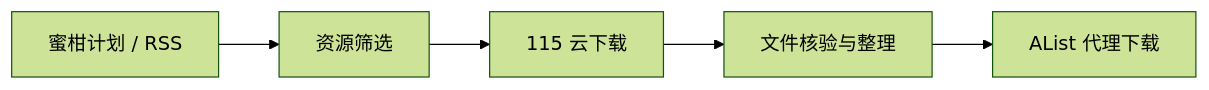
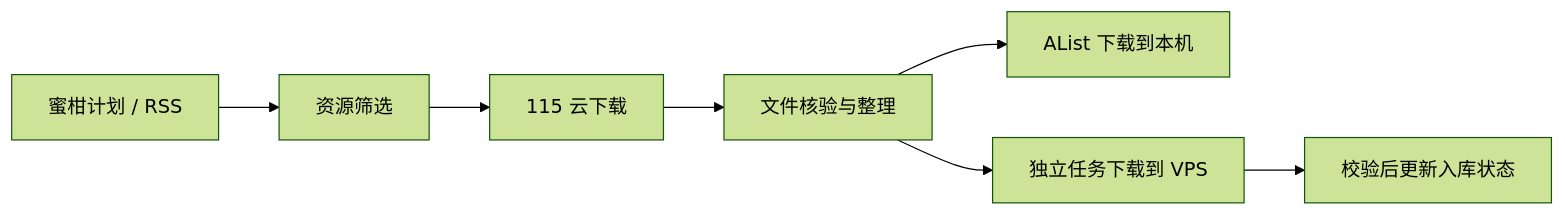
Before and after one commit to yywyao/anime-115: the diagram in README.md, drawn with Mermaid (forest theme). The commit also changed other lines of this file and 39 other files, not shown here.

````diff
--- a/README.md
+++ b/README.md
@@ -66,7 +66,9 @@
 ```mermaid
 flowchart LR
     A[蜜柑计划 / RSS] --> B[资源筛选]
     B --> C[115 云下载]
     C --> D[文件核验与整理]
-    D --> E[AList 代理下载]
+    D --> E[AList 下载到本机]
+    D --> F[独立任务下载到 VPS]
+    F --> G[校验后更新入库状态]
 ```
````
